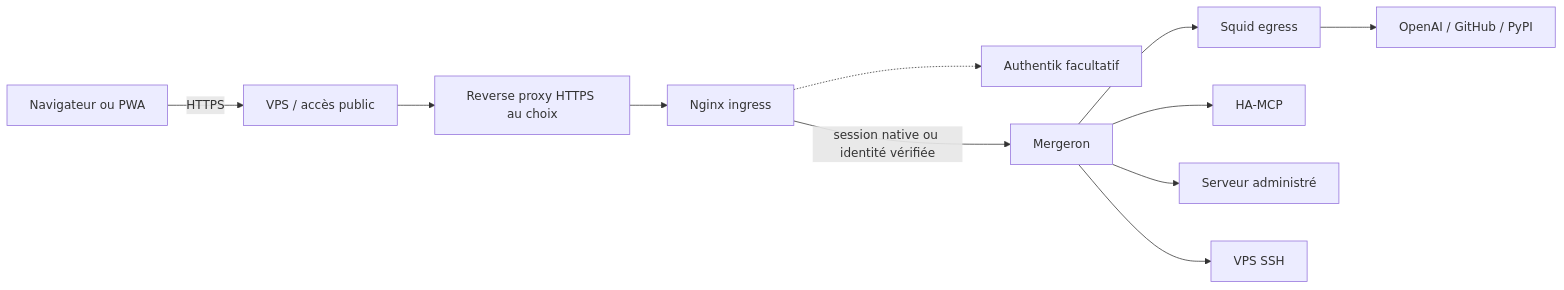
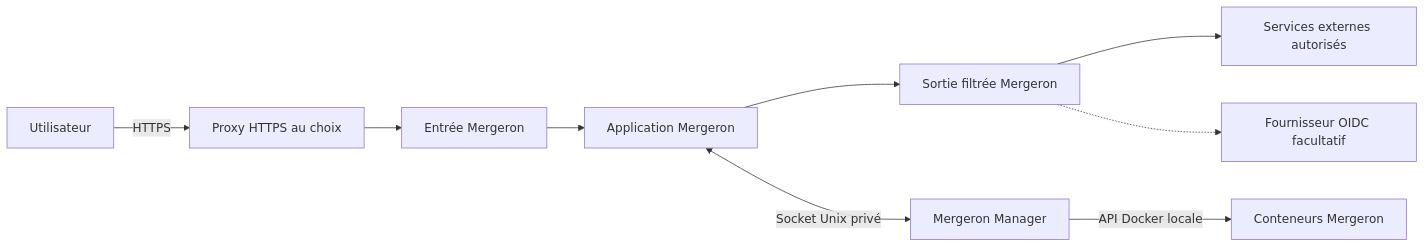
One commit to maxhugit/mergeron changed the diagram in docs/architecture.md. Above: the diagram before and after it, drawn with Mermaid. The commit also changed other lines of this file and 24 other files, not shown here.

````diff
--- a/docs/architecture.md
+++ b/docs/architecture.md
@@ -9,25 +9,11 @@
 ```mermaid
 flowchart LR
-    B[Navigateur ou PWA]
-    V[VPS / accès public]
-    T[Reverse proxy HTTPS au choix]
-    A[Authentik facultatif]
-    N[Nginx ingress]
-    C[Mergeron]
-    S[Squid egress]
-    O[OpenAI / GitHub / PyPI]
-    H[HA-MCP]
-    U[Serveur administré]
-    R[VPS SSH]
-
-    B -->|HTTPS| V
-    V --> T
-    T --> N
-    N -.-> A
-    N -->|session native ou identité vérifiée| C
-    C --> S
-    S --> O
-    C --> H
-    C --> U
-    C --> R
+    U[Utilisateur] -->|HTTPS| P[Proxy HTTPS au choix]
+    P --> I[Entrée Mergeron]
+    I --> A[Application Mergeron]
+    A --> E[Sortie filtrée Mergeron]
+    E --> X[Services externes autorisés]
+    E -.-> S[Fournisseur OIDC facultatif]
+    M[Mergeron Manager] -->|API Docker locale| D[Conteneurs Mergeron]
+    A <-->|Socket Unix privé| M
 ```
````
